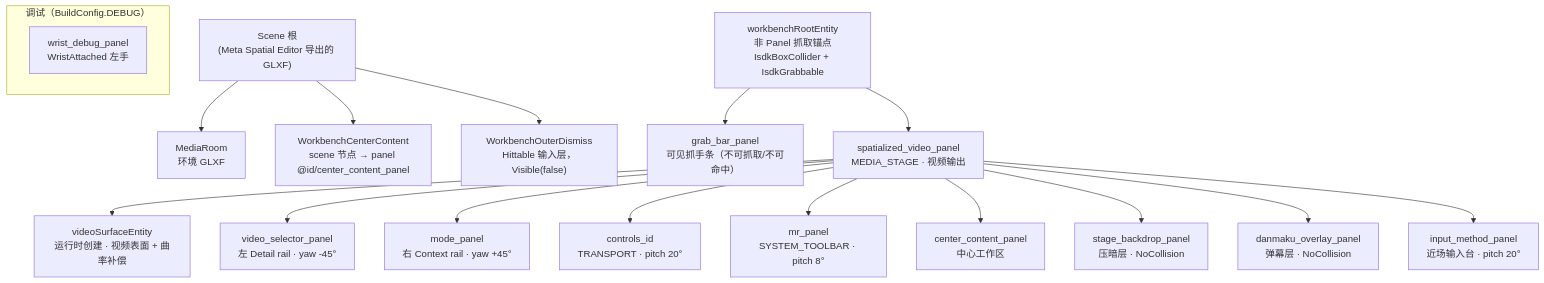
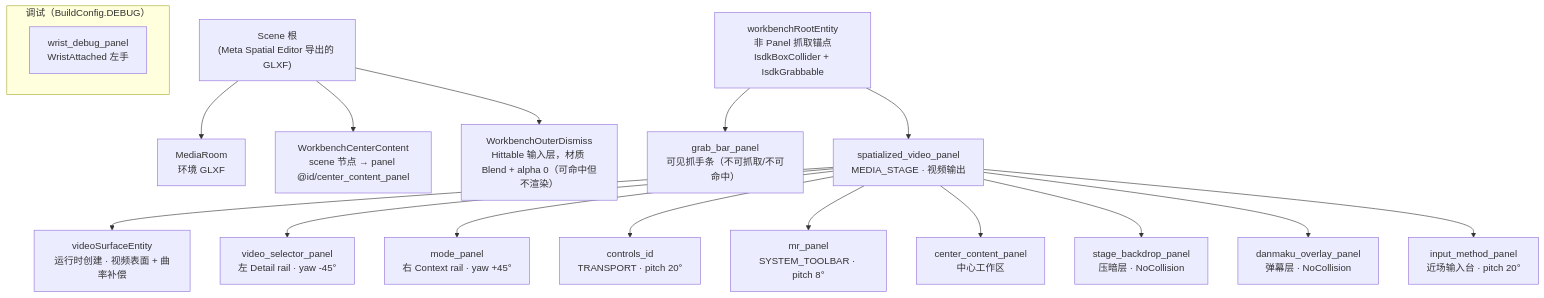
The first of 4 diagrams in docs/ui-structure-and-terminology.md (Powdered-Delta/viriviri), drawn with Mermaid before and after one commit. The commit also changed other lines of this file and 7 other files, not shown here.

````diff
--- a/docs/ui-structure-and-terminology.md
+++ b/docs/ui-structure-and-terminology.md
@@ -75,25 +76,25 @@
 ```mermaid
 graph TD
     Scene["Scene 根<br/>(Meta Spatial Editor 导出的 GLXF)"]
     Scene --> MediaRoom["MediaRoom<br/>环境 GLXF"]
     Scene --> CenterAuthored["WorkbenchCenterContent<br/>scene 节点 → panel @id/center_content_panel"]
-    Scene --> OuterDismiss["WorkbenchOuterDismiss<br/>Hittable 输入层，Visible(false)"]
+    Scene --> OuterDismiss["WorkbenchOuterDismiss<br/>Hittable 输入层，材质 Blend + alpha 0（可命中但不渲染）"]
 
     Root["workbenchRootEntity<br/>非 Panel 抓取锚点<br/>IsdkBoxCollider + IsdkGrabbable"]
     Root --> GrabBar["grab_bar_panel<br/>可见抓手条（不可抓取/不可命中）"]
     Root --> Stage["spatialized_video_panel<br/>MEDIA_STAGE · 视频输出"]
 
     Stage --> Surface["videoSurfaceEntity<br/>运行时创建 · 视频表面 + 曲率补偿"]
     Stage --> LeftRail["video_selector_panel<br/>左 Detail rail · yaw -45°"]
     Stage --> RightRail["mode_panel<br/>右 Context rail · yaw +45°"]
     Stage --> Transport["controls_id<br/>TRANSPORT · pitch 20°"]
     Stage --> Nav["mr_panel<br/>SYSTEM_TOOLBAR · pitch 8°"]
     Stage --> Center["center_content_panel<br/>中心工作区"]
     Stage --> Backdrop["stage_backdrop_panel<br/>压暗层 · NoCollision"]
     Stage --> Danmaku["danmaku_overlay_panel<br/>弹幕层 · NoCollision"]
     Stage --> Ime["input_method_panel<br/>近场输入台 · pitch 20°"]
 
     subgraph Wrist["调试（BuildConfig.DEBUG）"]
         WristPanel["wrist_debug_panel<br/>WristAttached 左手"]
     end
 ```
````
